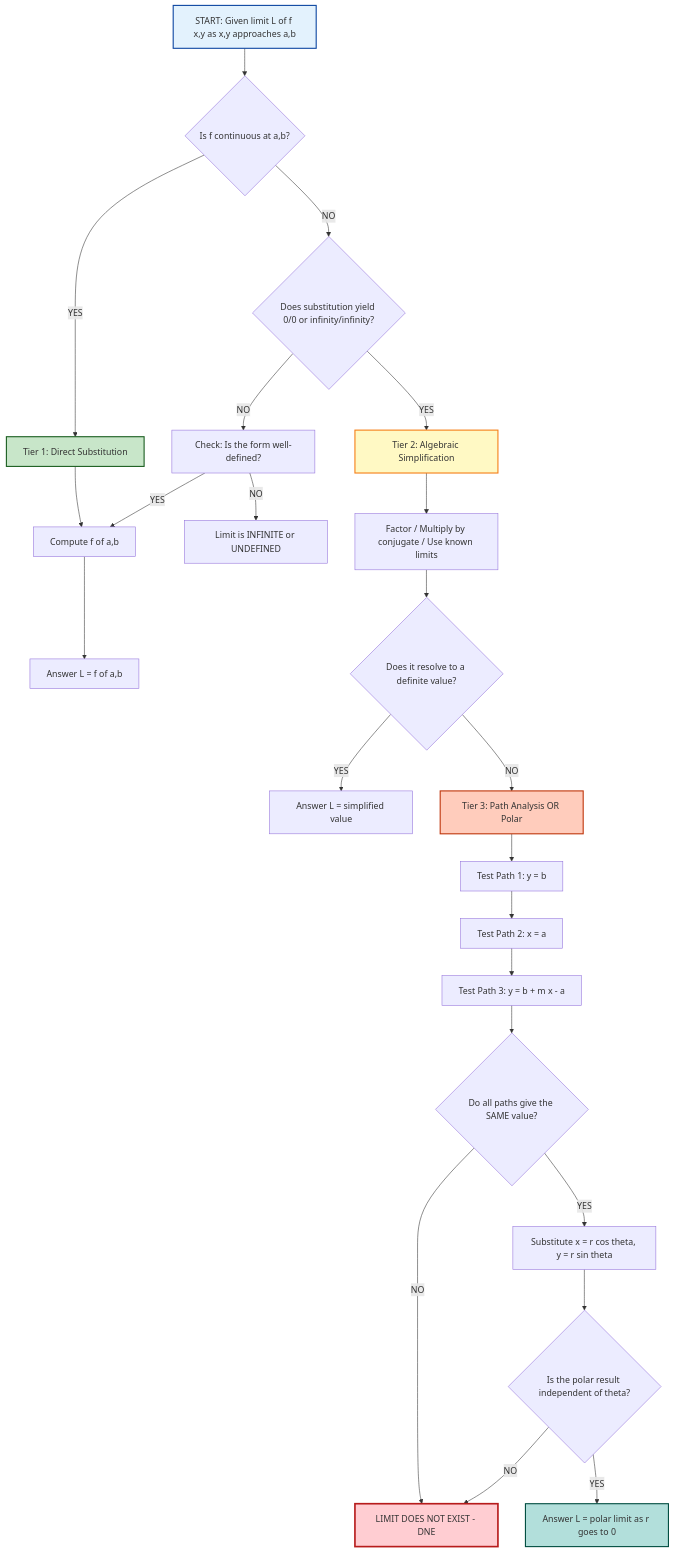
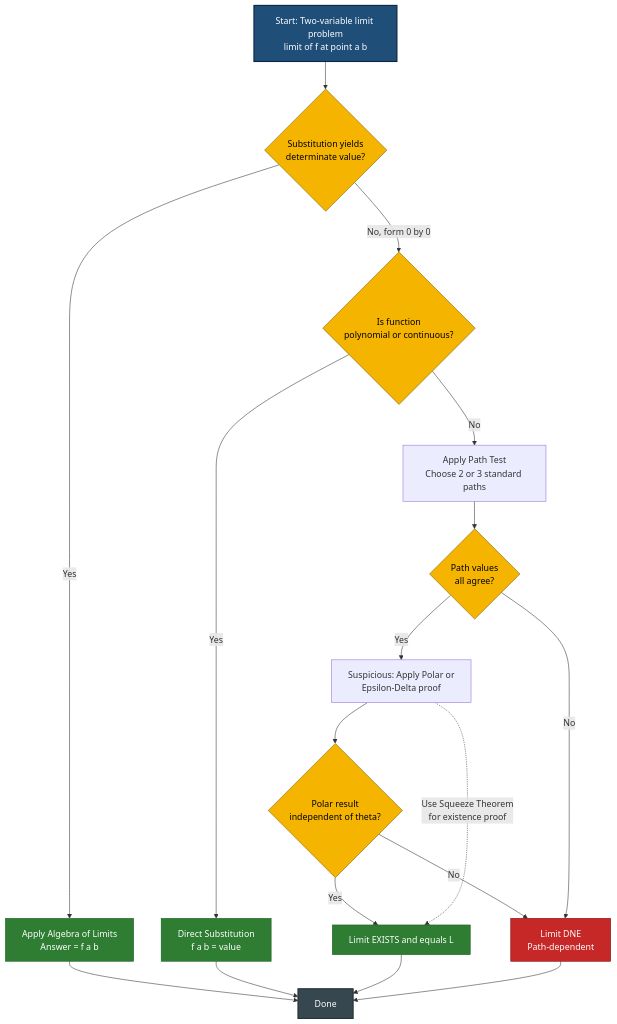
One commit to vishnuu-kr/ktunode changed the first of 3 diagrams in public/notes/computer-science-and-engineering/semester-1/gamat101-mathematics-for-information-science-1/02-module-2-functions-of-several-variables-domains-and-ranges/limits-for-functions-of-two-variables/notes.md. Above: the diagram before and after it, drawn with Mermaid. The commit also changed other lines of this file and 4829 other files, not shown here.

````diff
--- a/public/notes/computer-science-and-engineering/semester-1/gamat101-mathematics-for-information-science-1/02-module-2-functions-of-several-variables-domains-and-ranges/limits-for-functions-of-two-variables/notes.md
+++ b/public/notes/computer-science-and-engineering/semester-1/gamat101-mathematics-for-information-science-1/02-module-2-functions-of-several-variables-domains-and-ranges/limits-for-functions-of-two-variables/notes.md
@@ -463,32 +403,30 @@
 ```mermaid
 flowchart TD
-    A[START: Given limit L of f x,y as x,y approaches a,b] --> B{Is f continuous at a,b?}
-    B -- YES --> C[Tier 1: Direct Substitution]
-    C --> C1[Compute f of a,b]
-    C1 --> C2[Answer L = f of a,b]
-    B -- NO --> D{Does substitution yield 0/0 or infinity/infinity?}
-    D -- NO --> E[Check: Is the form well-defined?]
-    E -- YES --> C1
-    E -- NO --> F[Limit is INFINITE or UNDEFINED]
-    D -- YES --> G[Tier 2: Algebraic Simplification]
-    G --> G1[Factor / Multiply by conjugate / Use known limits]
-    G1 --> H{Does it resolve to a definite value?}
-    H -- YES --> I[Answer L = simplified value]
-    H -- NO --> J[Tier 3: Path Analysis OR Polar]
-    J --> J1[Test Path 1: y = b]
-    J1 --> J2[Test Path 2: x = a]
-    J2 --> J3[Test Path 3: y = b + m x - a]
-    J3 --> K{Do all paths give the SAME value?}
-    K -- NO --> L[LIMIT DOES NOT EXIST - DNE]
-    K -- YES --> M[Substitute x = r cos theta, y = r sin theta]
-    M --> N{Is the polar result independent of theta?}
-    N -- YES --> O[Answer L = polar limit as r goes to 0]
-    N -- NO --> L
+    A["Start: Two-variable limit problem<br/>limit of f at point a b"] --> B{"Substitution yields<br/>determinate value?"}
+    B -- "Yes" --> C["Apply Algebra of Limits<br/>Answer = f a b"]
+    B -- "No, form 0 by 0" --> D{"Is function<br/>polynomial or continuous?"}
+    D -- "Yes" --> E["Direct Substitution<br/>f a b = value"]
+    D -- "No" --> F["Apply Path Test<br/>Choose 2 or 3 standard paths"]
+    F --> G{"Path values<br/>all agree?"}
+    G -- "Yes" --> H["Suspicious: Apply Polar or<br/>Epsilon-Delta proof"]
+    H --> I{"Polar result<br/>independent of theta?"}
+    I -- "Yes" --> J["Limit EXISTS and equals L"]
+    I -- "No" --> K["Limit DNE<br/>Path-dependent"]
+    G -- "No" --> K
+    H -.->|"Use Squeeze Theorem<br/>for existence proof"| J
+    C --> Z["Done"]
+    E --> Z
+    J --> Z
+    K --> Z
 
-    style A fill:#e3f2fd,stroke:#0d47a1,stroke-width:2px
-    style C fill:#c8e6c9,stroke:#1b5e20,stroke-width:2px
-    style G fill:#fff9c4,stroke:#f57f17,stroke-width:2px
-    style J fill:#ffccbc,stroke:#bf360c,stroke-width:2px
-    style L fill:#ffcdd2,stroke:#b71c1c,stroke-width:3px
-    style O fill:#b2dfdb,stroke:#004d40,stroke-width:2px
+    style A fill:#1f4e79,color:#ffffff,stroke:#0b2545,stroke-width:2px
+    style B fill:#f4b400,color:#000000,stroke:#7a5c00,stroke-width:1px
+    style D fill:#f4b400,color:#000000,stroke:#7a5c00,stroke-width:1px
+    style G fill:#f4b400,color:#000000,stroke:#7a5c00,stroke-width:1px
+    style I fill:#f4b400,color:#000000,stroke:#7a5c00,stroke-width:1px
+    style C fill:#2e7d32,color:#ffffff,stroke:#1b5e20,stroke-width:1px
+    style E fill:#2e7d32,color:#ffffff,stroke:#1b5e20,stroke-width:1px
+    style J fill:#2e7d32,color:#ffffff,stroke:#1b5e20,stroke-width:1px
+    style K fill:#c62828,color:#ffffff,stroke:#7f0000,stroke-width:1px
+    style Z fill:#37474f,color:#ffffff,stroke:#263238,stroke-width:2px
 ```
````
